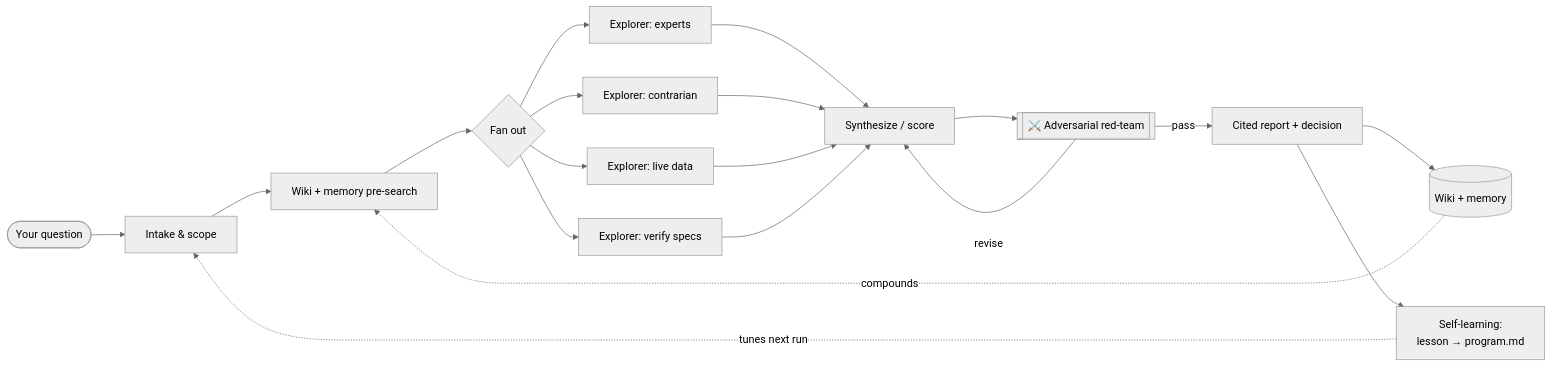
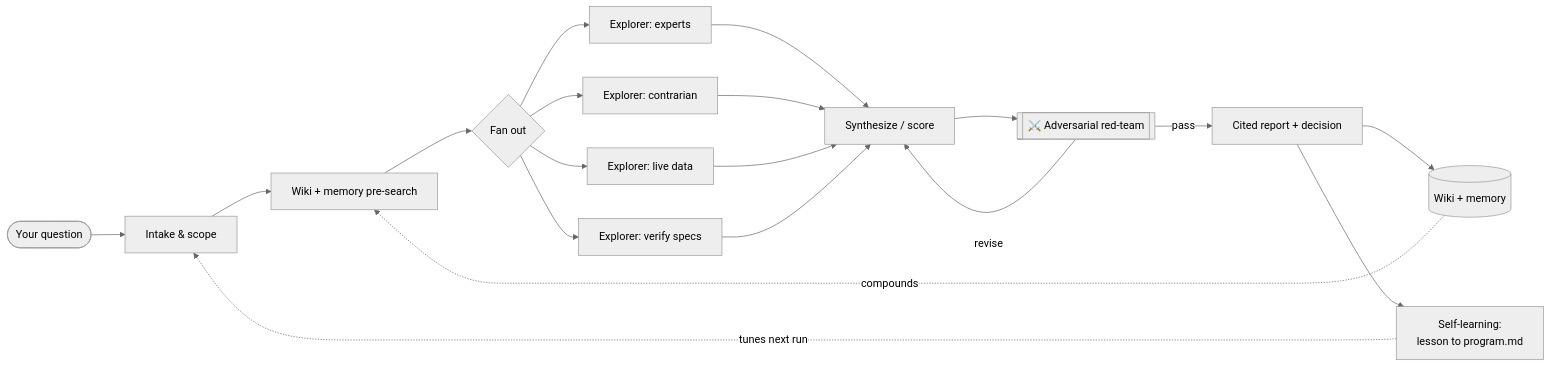
Before and after one commit to justsima/agentic-stack: the diagram in README.md, drawn with Mermaid (neutral theme). The commit also changed other lines of this file and 3 other files, not shown here.

Commit message:
docs: comparison table, FAQ, contributors graph; fix nav anchor + mermaid label; traffic placeholders (no broken links)

````diff
--- a/README.md
+++ b/README.md
@@ -81,18 +93,18 @@
 ```mermaid
 flowchart LR
     Q([Your question]) --> P[Intake & scope]
     P --> W[Wiki + memory pre-search]
     W --> F{Fan out}
     F --> E1[Explorer: experts]
     F --> E2[Explorer: contrarian]
     F --> E3[Explorer: live data]
     F --> E4[Explorer: verify specs]
     E1 & E2 & E3 & E4 --> S[Synthesize / score]
     S --> R[["⚔️ Adversarial red-team"]]
     R -- revise --> S
     R -- pass --> O[Cited report + decision]
     O --> WIKI[(Wiki + memory)]
     WIKI -. compounds .-> W
-    O --> L["Self-learning:\nlesson → program.md"]
+    O --> L["Self-learning:<br/>lesson to program.md"]
     L -. tunes next run .-> P
 ```
````
